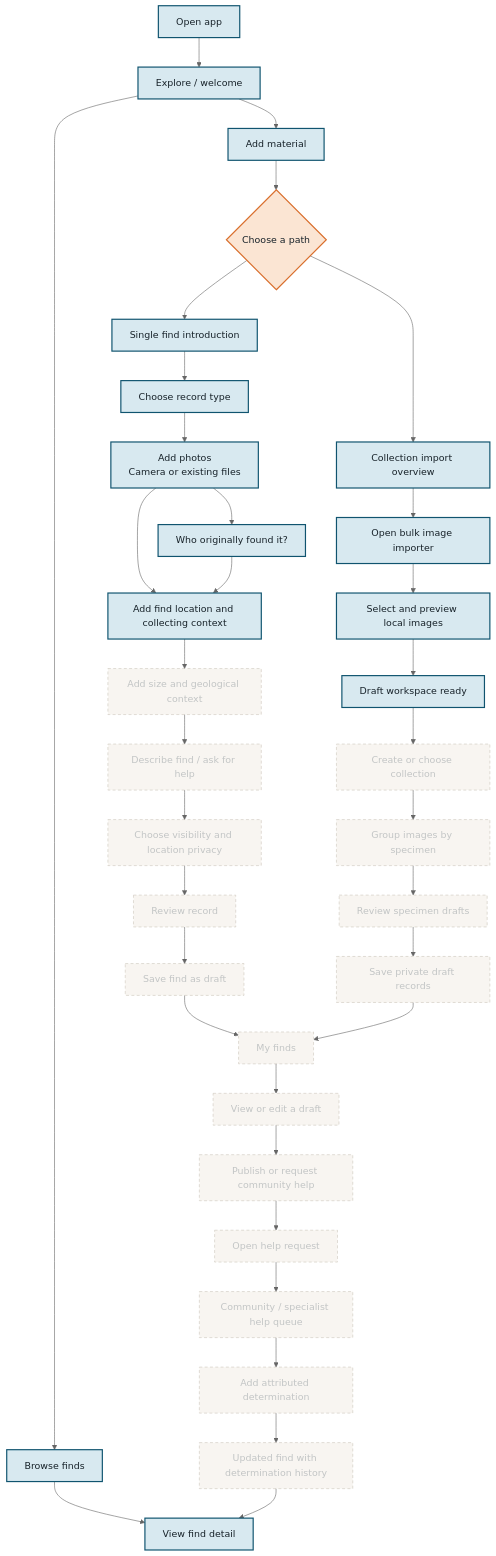
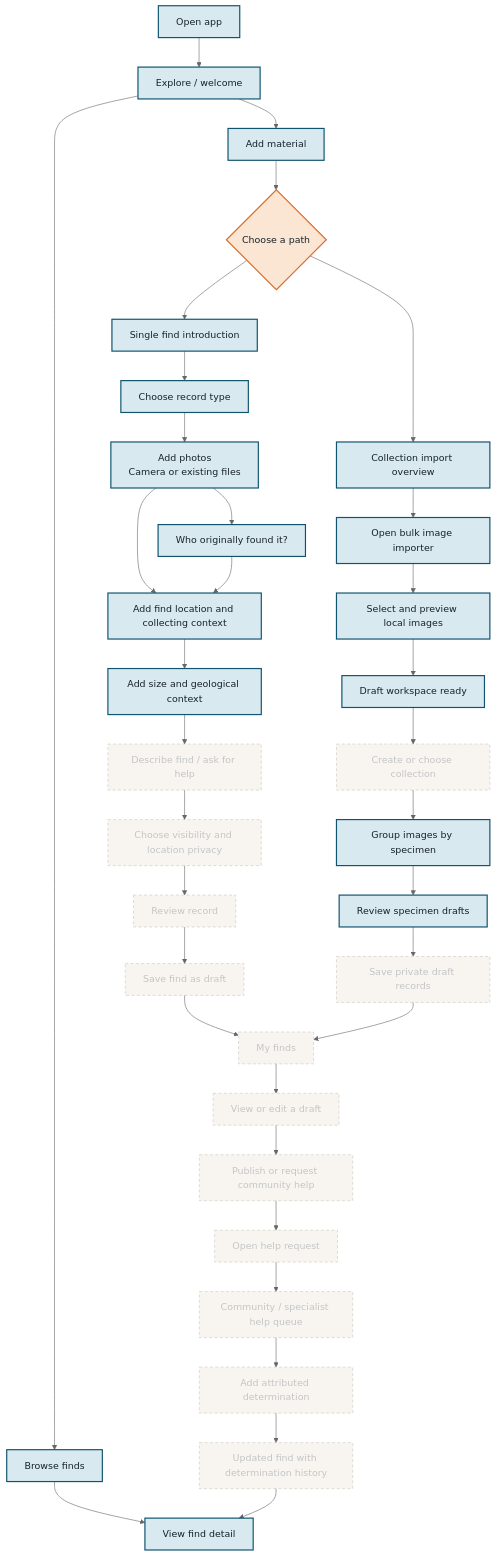
Before and after one commit to HelEvX/belgian-finds-prototype: the diagram in docs/prototype-flow.md, drawn with Mermaid (neutral theme). The commit also changed 8 other files, not shown here.

````diff
--- a/docs/prototype-flow.md
+++ b/docs/prototype-flow.md
@@ -1,63 +1,62 @@
 ```mermaid
 flowchart TD
     START["Open app"] --> HOME["Explore / welcome"]
 
     %% Explore journey
     HOME --> BROWSE["Browse finds"]
     BROWSE --> DETAIL["View find detail"]
     HOME --> ADD["Add material"]
 
     %% Add journey
     ADD --> METHOD{"Choose a path"}
 
     METHOD --> SINGLE_INTRO["Single find introduction"]
     SINGLE_INTRO --> RECORD_TYPE["Choose record type"]
 
     METHOD --> COLLECTION_INTRO["Collection import overview"]
     COLLECTION_INTRO --> BULK_MODAL["Open bulk image importer"]
     BULK_MODAL --> LOCAL_IMAGES["Select and preview local images"]
     LOCAL_IMAGES --> BATCH_READY["Draft workspace ready"]
 
     %% Planned single-find flow
     RECORD_TYPE --> PHOTOS["Add photos
     Camera or existing files"]
     PHOTOS --> CONTEXT["Add provenance and location"]
     PHOTOS --> PROVENANCE["Who originally found it?"]
     PROVENANCE --> CONTEXT["Add find location and collecting context"]
-
     CONTEXT --> DETAILS["Add size and geological context"]
     DETAILS --> QUESTION["Describe find / ask for help"]
     QUESTION --> PRIVACY["Choose visibility and location privacy"]
     PRIVACY --> REVIEW["Review record"]
     REVIEW --> SAVE_DRAFT["Save find as draft"]
 
     %% Planned collection flow
     BATCH_READY --> COLLECTION_META["Create or choose collection"]
     COLLECTION_META --> GROUP_IMAGES["Group images by specimen"]
     GROUP_IMAGES --> REVIEW_BATCH["Review specimen drafts"]
     REVIEW_BATCH --> SAVE_BATCH["Save private draft records"]
 
     %% Planned personal collection area
     SAVE_DRAFT --> MY_FINDS["My finds"]
     SAVE_BATCH --> MY_FINDS
     MY_FINDS --> EDIT_FIND["View or edit a draft"]
     EDIT_FIND --> PUBLISH["Publish or request community help"]
 
     %% Planned human determination flow
     PUBLISH --> HELP_REQUEST["Open help request"]
     HELP_REQUEST --> HELP_QUEUE["Community / specialist help queue"]
     HELP_QUEUE --> RESPONSE["Add attributed determination"]
     RESPONSE --> UPDATED_FIND["Updated find with determination history"]
     UPDATED_FIND --> DETAIL
 
     %% Implemented styles
     classDef done fill:#d8e9f0,stroke:#10546f,color:#172229,stroke-width:2px;
     classDef doneDecision fill:#fbe5d3,stroke:#d96f2d,color:#172229,stroke-width:2px;
 
     %% Planned styles
     classDef planned fill:#f3efe7,stroke:#a99c8c,color:#5a6870,stroke-width:1px,stroke-dasharray:5 4,opacity:0.58;
 
-    class START,HOME,BROWSE,DETAIL,ADD,SINGLE_INTRO,RECORD_TYPE,COLLECTION_INTRO,BULK_MODAL,LOCAL_IMAGES,BATCH_READY,PHOTOS,CONTEXT,PROVENANCE done;
+    class START,HOME,BROWSE,DETAIL,ADD,SINGLE_INTRO,RECORD_TYPE,COLLECTION_INTRO,BULK_MODAL,LOCAL_IMAGES,BATCH_READY,GROUP_IMAGES,REVIEW_BATCH,PHOTOS,CONTEXT,PROVENANCE,DETAILS done;
     class METHOD doneDecision;
-    class DETAILS,QUESTION,PRIVACY,REVIEW,SAVE_DRAFT,COLLECTION_META,GROUP_IMAGES,REVIEW_BATCH,SAVE_BATCH,MY_FINDS,EDIT_FIND,PUBLISH,HELP_REQUEST,HELP_QUEUE,RESPONSE,UPDATED_FIND planned;
+    class COLLECTION_META,QUESTION,PRIVACY,REVIEW,SAVE_DRAFT,SAVE_BATCH,MY_FINDS,EDIT_FIND,PUBLISH,HELP_REQUEST,HELP_QUEUE,RESPONSE,UPDATED_FIND planned;
 ```
````
